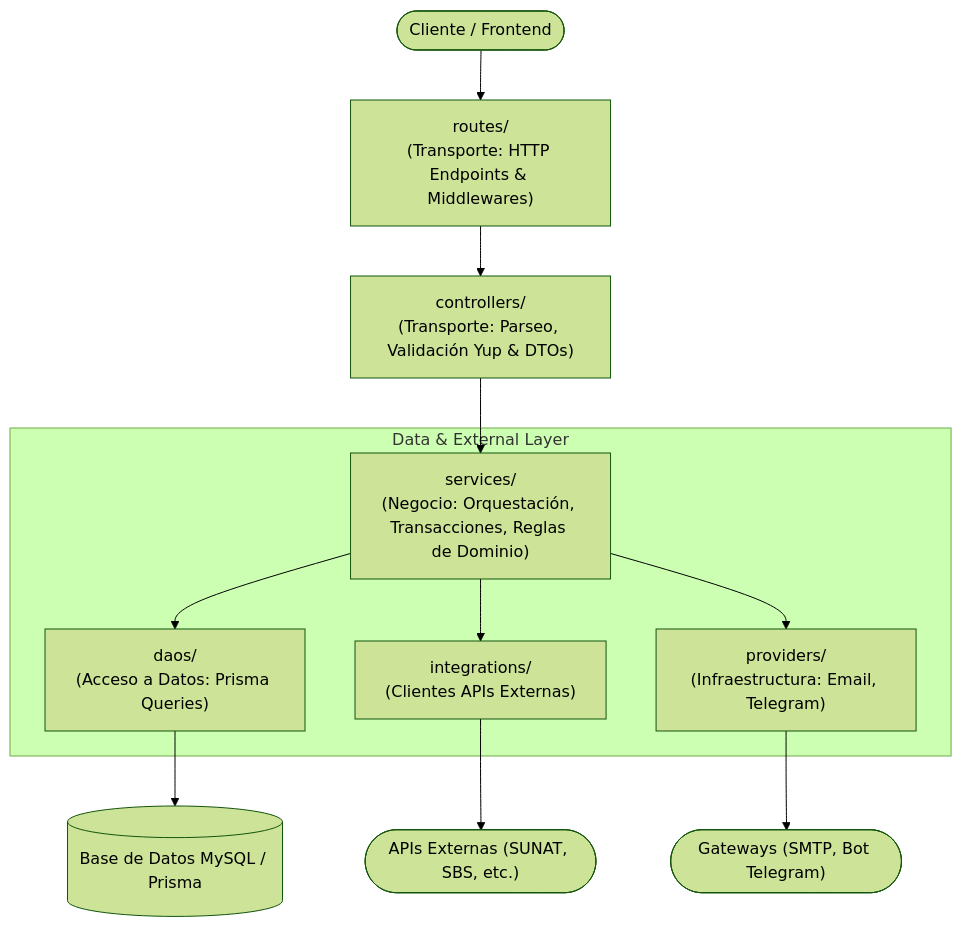
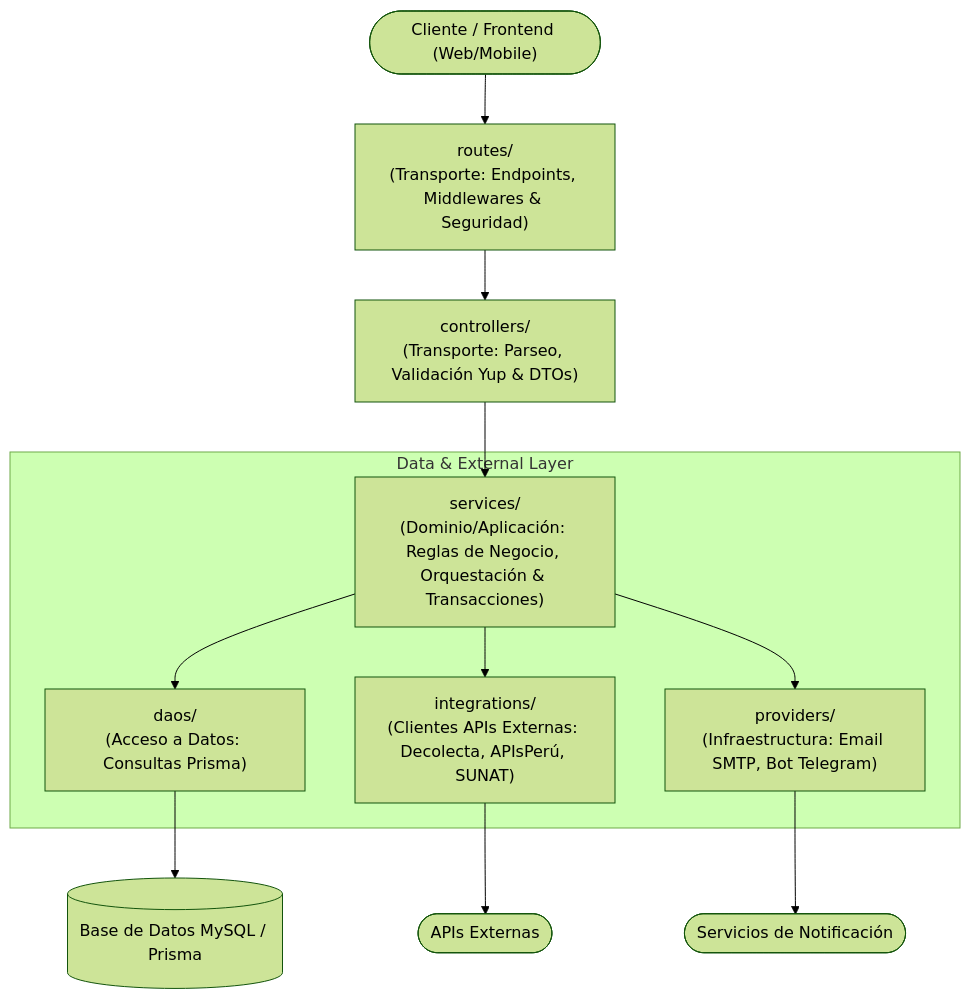
One commit to terra-innovation/nodejs-mysql-restapi changed the diagram in src/README.md. Above: the diagram before and after it, drawn with Mermaid (forest theme). The commit also changed other lines of this file, not shown here.

Commit message:
docs: update architectural documentation reflecting 100% decoupled controllers and layered services map

````diff
--- a/src/README.md
+++ b/src/README.md
@@ -9,16 +9,16 @@
 ```mermaid
 flowchart TD
-    Client(["Cliente / Frontend"]) --> Routes["routes/\n(Transporte: HTTP Endpoints & Middlewares)"]
+    Client(["Cliente / Frontend (Web/Mobile)"]) --> Routes["routes/\n(Transporte: Endpoints, Middlewares & Seguridad)"]
     Routes --> Controllers["controllers/\n(Transporte: Parseo, Validación Yup & DTOs)"]
-    Controllers --> Services["services/\n(Negocio: Orquestación, Transacciones, Reglas de Dominio)"]
+    Controllers --> Services["services/\n(Dominio/Aplicación: Reglas de Negocio, Orquestación & Transacciones)"]
     
     subgraph Data & External Layer
-        Services --> DAOs["daos/\n(Acceso a Datos: Prisma Queries)"]
-        Services --> Integrations["integrations/\n(Clientes APIs Externas)"]
-        Services --> Providers["providers/\n(Infraestructura: Email, Telegram)"]
+        Services --> DAOs["daos/\n(Acceso a Datos: Consultas Prisma)"]
+        Services --> Integrations["integrations/\n(Clientes APIs Externas: Decolecta, APIsPerú, SUNAT)"]
+        Services --> Providers["providers/\n(Infraestructura: Email SMTP, Bot Telegram)"]
     end
 
     DAOs --> DB[(Base de Datos MySQL / Prisma)]
-    Integrations --> ExternalAPIs(["APIs Externas (SUNAT, SBS, etc.)"])
-    Providers --> NotificationGateways(["Gateways (SMTP, Bot Telegram)"])
+    Integrations --> ExternalAPIs(["APIs Externas"])
+    Providers --> NotificationGateways(["Servicios de Notificación"])
 ```
````
